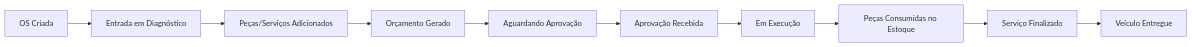
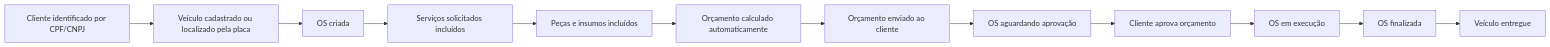
One commit to marcelsenarios/fiap-oficina changed the first of 3 diagrams in docs/DDD_DOCUMENTATION.md. Above: the diagram before and after it, drawn with Mermaid. The commit also changed other lines of this file and 25 other files, not shown here.

````diff
--- a/docs/DDD_DOCUMENTATION.md
+++ b/docs/DDD_DOCUMENTATION.md
@@ -19,12 +19,14 @@
 ```mermaid
 graph LR
-    A[OS Criada] --> B[Entrada em Diagnóstico]
-    B --> C[Peças/Serviços Adicionados]
-    C --> D[Orçamento Gerado]
-    D --> E[Aguardando Aprovação]
-    E --> F[Aprovação Recebida]
-    F --> G[Em Execução]
-    G --> H[Peças Consumidas no Estoque]
-    H --> I[Serviço Finalizado]
-    I --> J[Veículo Entregue]
+    A[Cliente identificado por CPF/CNPJ] --> B[Veículo cadastrado ou localizado pela placa]
+    B --> C[OS criada]
+    C --> D[Serviços solicitados incluídos]
+    D --> E[Peças e insumos incluídos]
+    E --> F[Orçamento calculado automaticamente]
+    F --> G[Orçamento enviado ao cliente]
+    G --> H[OS aguardando aprovação]
+    H --> I[Cliente aprova orçamento]
+    I --> J[OS em execução]
+    J --> K[OS finalizada]
+    K --> L[Veículo entregue]
 ```
````
